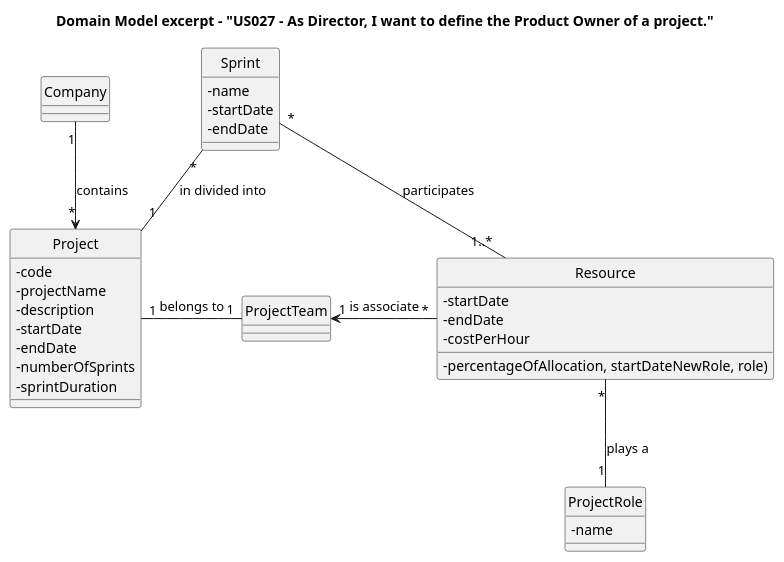
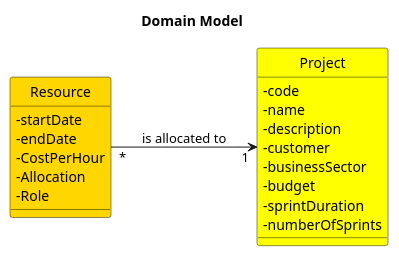
Before and after one commit to nunogon1211787/projectManagement: the diagram in docs/Sprint3/US027/US027-MD.puml, drawn with PlantUML. The commit also changed 28 other files, not shown here.

```diff
--- a/docs/Sprint3/US027/US027-MD.puml
+++ b/docs/Sprint3/US027/US027-MD.puml
@@ -1,49 +1,36 @@
 @startuml
+'https://plantuml.com/class-diagram
 
+
+'Layout Format---------------------------------------------
+left to right direction
 hide circle
 skinparam classAttributeIconSize 0
 
-title Domain Model excerpt - "US027 - As Director, I want to define the Product Owner of a project."
 
-class Company {
+title Domain Model
+
+
+'Project Aggregate:--------------------------------------------------
+class Project #Yellow{
+-code
+-name
+-description
+-customer
+-businessSector
+-budget
+-sprintDuration
+-numberOfSprints
 }
 
-class ProjectTeam {
-    }
-
-class Resource {
-    - startDate
-    - endDate
-    - costPerHour
-    - percentageOfAllocation, startDateNewRole, role)
+class Resource #Gold{
+-startDate
+-endDate
+-CostPerHour
+-Allocation
+-Role
 }
 
-class ProjectRole {
-    - name
-}
-
-class Project {
-    - code
-    - projectName
-    - description
-    - startDate
-    - endDate
-    - numberOfSprints
-    - sprintDuration
-}
-
-class Sprint {
-    - name
-    - startDate
-    - endDate
-}
-
-Company "1" -down-> "*" Project: contains
-Project "1" -right- "1" ProjectTeam: belongs to
-Sprint "*" -right- "1" Project: in divided into
-Resource "*" -left-> "1" ProjectTeam: is associate
-Resource "*" -down- "1" ProjectRole: plays a
-Resource "1..*" -up- "*" Sprint: participates
-
+Resource "*" --> "1" Project: is allocated to
 
 @enduml
```
